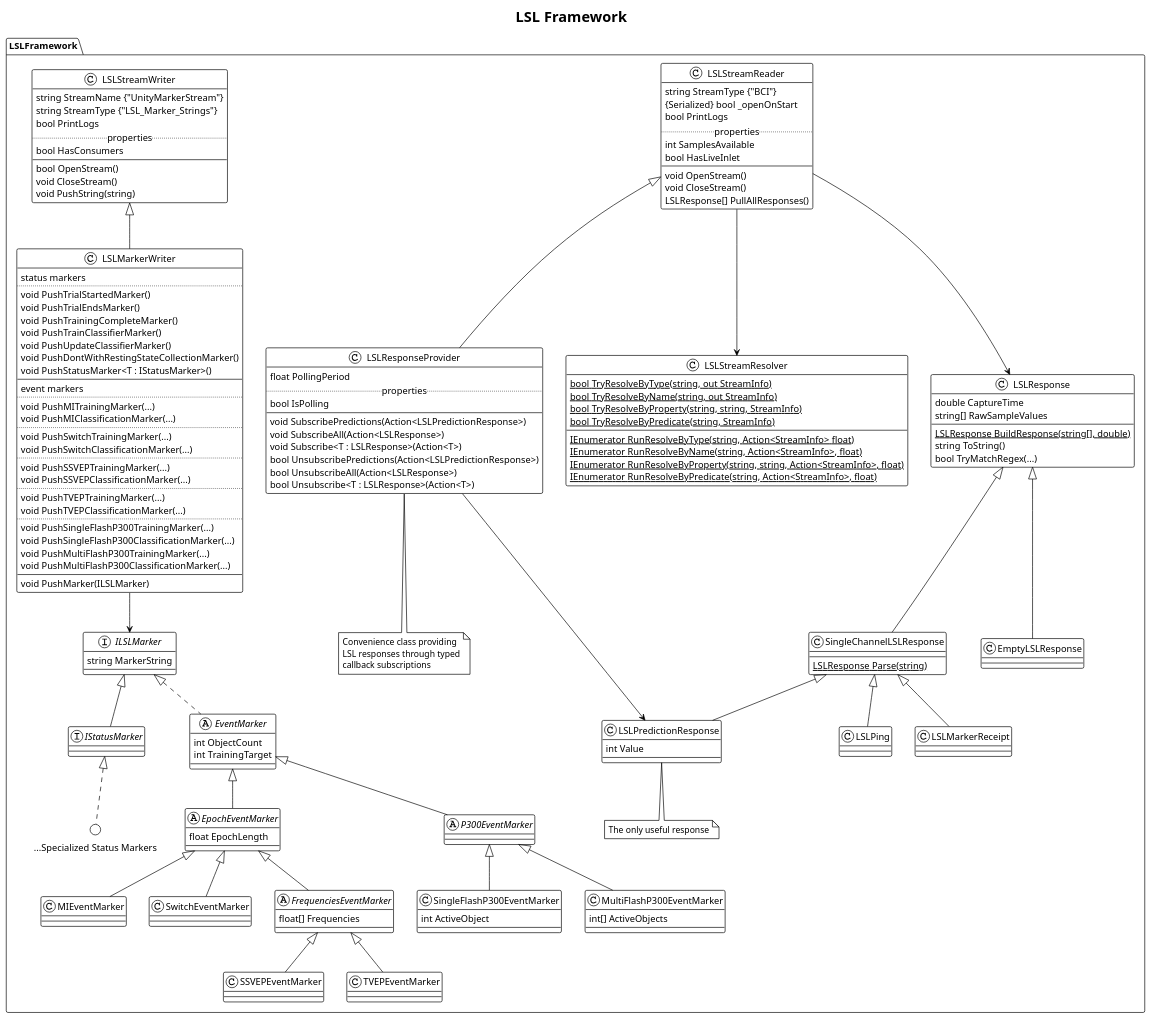
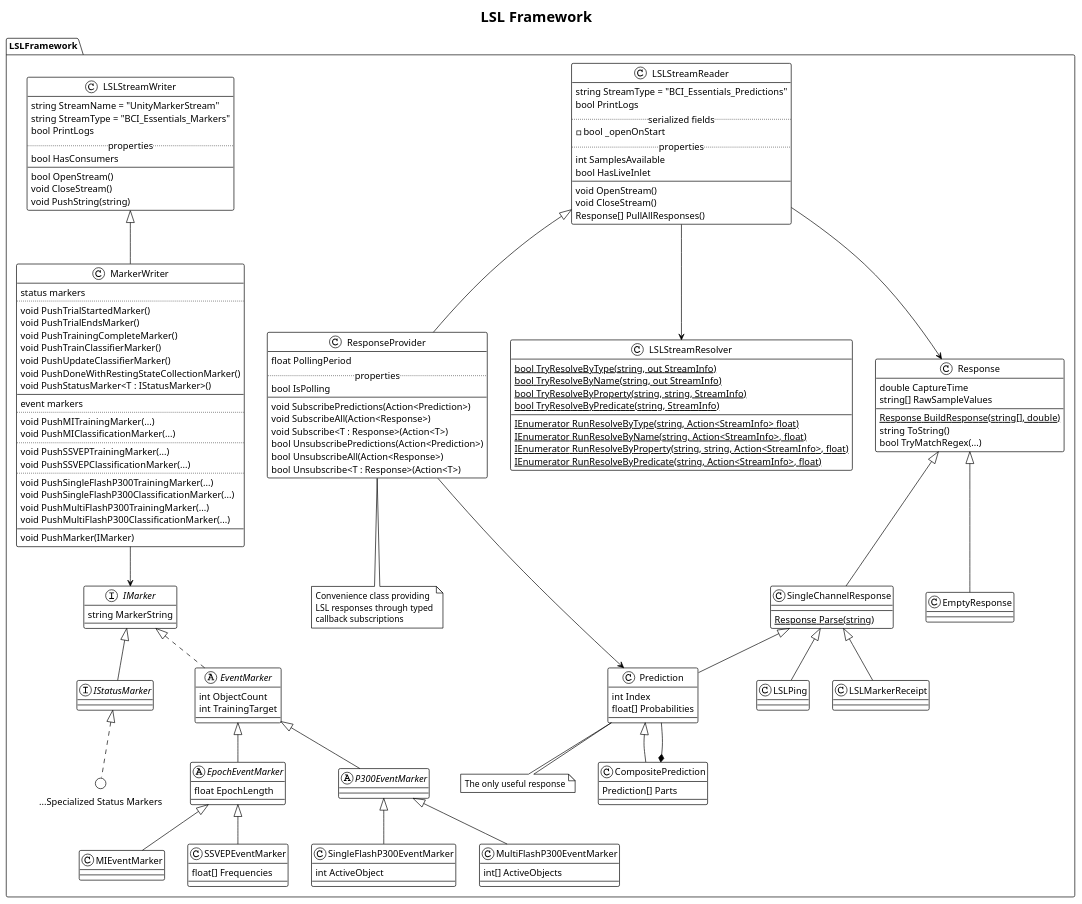
Before and after one commit to BCI-Games/bessy-docs: the diagram in content/bessy-unity/lsl-framework/lsl-framework.plantuml, drawn with PlantUML. The commit also changed 1 other file, not shown here.

Commit message:
Updated unity lsl framework class diagram

```diff
--- a/content/bessy-unity/lsl-framework/lsl-framework.plantuml
+++ b/content/bessy-unity/lsl-framework/lsl-framework.plantuml
@@ -1,162 +1,162 @@
 @startuml lsl-framework
 !theme plain
 title
 LSL Framework
 end title
 
 namespace LSLFramework {
     class LSLStreamReader {
-        string StreamType {"BCI"}
-        {Serialized} bool _openOnStart
+        string StreamType = "BCI_Essentials_Predictions"
         bool PrintLogs
+        ..serialized fields..
+        - bool _openOnStart
         ..properties..
         int SamplesAvailable
         bool HasLiveInlet
         --
         void OpenStream()
         void CloseStream()
-        LSLResponse[] PullAllResponses()
+        Response[] PullAllResponses()
     }
 
-    class LSLResponseProvider extends LSLStreamReader {
+    class ResponseProvider extends LSLStreamReader {
         float PollingPeriod
         ..properties..
         bool IsPolling
         --
-        void SubscribePredictions(Action<LSLPredictionResponse>)
-        void SubscribeAll(Action<LSLResponse>)
-        void Subscribe<T : LSLResponse>(Action<T>)
-        bool UnsubscribePredictions(Action<LSLPredictionResponse>)
-        bool UnsubscribeAll(Action<LSLResponse>)
-        bool Unsubscribe<T : LSLResponse>(Action<T>)
+        void SubscribePredictions(Action<Prediction>)
+        void SubscribeAll(Action<Response>)
+        void Subscribe<T : Response>(Action<T>)
+        bool UnsubscribePredictions(Action<Prediction>)
+        bool UnsubscribeAll(Action<Response>)
+        bool Unsubscribe<T : Response>(Action<T>)
     }
 
     note bottom
         Convenience class providing
         LSL responses through typed
         callback subscriptions
     end note
 
 
     class LSLStreamWriter {
-        string StreamName {"UnityMarkerStream"}
-        string StreamType {"LSL_Marker_Strings"}
+        string StreamName = "UnityMarkerStream"
+        string StreamType = "BCI_Essentials_Markers"
         bool PrintLogs
         ..properties..
         bool HasConsumers
         --
         bool OpenStream()
         void CloseStream()
         void PushString(string)
     }
 
-    class LSLMarkerWriter extends LSLStreamWriter {
+    class MarkerWriter extends LSLStreamWriter {
         status markers
         ..
         void PushTrialStartedMarker()
         void PushTrialEndsMarker()
         void PushTrainingCompleteMarker()
         void PushTrainClassifierMarker()
         void PushUpdateClassifierMarker()
-        void PushDontWithRestingStateCollectionMarker()
+        void PushDoneWithRestingStateCollectionMarker()
         void PushStatusMarker<T : IStatusMarker>()
         --
         event markers
         ..
         void PushMITrainingMarker(...)
         void PushMIClassificationMarker(...)
         ..
-        void PushSwitchTrainingMarker(...)
-        void PushSwitchClassificationMarker(...)
-        ..
         void PushSSVEPTrainingMarker(...)
         void PushSSVEPClassificationMarker(...)
-        ..
-        void PushTVEPTrainingMarker(...)
-        void PushTVEPClassificationMarker(...)
         ..
         void PushSingleFlashP300TrainingMarker(...)
         void PushSingleFlashP300ClassificationMarker(...)
         void PushMultiFlashP300TrainingMarker(...)
         void PushMultiFlashP300ClassificationMarker(...)
         --
-        void PushMarker(ILSLMarker)
+        void PushMarker(IMarker)
     }
 
 
     class LSLStreamResolver {
         {static} bool TryResolveByType(string, out StreamInfo)
         {static} bool TryResolveByName(string, out StreamInfo)
         {static} bool TryResolveByProperty(string, string, StreamInfo)
         {static} bool TryResolveByPredicate(string, StreamInfo)
         --
         {static} IEnumerator RunResolveByType(string, Action<StreamInfo> float)
         {static} IEnumerator RunResolveByName(string, Action<StreamInfo>, float)
         {static} IEnumerator RunResolveByProperty(string, string, Action<StreamInfo>, float)
         {static} IEnumerator RunResolveByPredicate(string, Action<StreamInfo>, float)
     }
 
 
-    interface ILSLMarker {
+    interface IMarker {
         string MarkerString
     }
 
-    interface IStatusMarker extends ILSLMarker
+    interface IStatusMarker extends IMarker
 
     circle "...Specialized Status Markers" as status_markers implements IStatusMarker
 
-    abstract EventMarker implements ILSLMarker {
+    abstract EventMarker implements IMarker {
         int ObjectCount
         int TrainingTarget
     }
 
     abstract EpochEventMarker extends EventMarker {
         float EpochLength
     }
     class MIEventMarker extends EpochEventMarker
-    class SwitchEventMarker extends EpochEventMarker
 
-    abstract FrequenciesEventMarker extends EpochEventMarker {
+    class SSVEPEventMarker extends EpochEventMarker {
         float[] Frequencies
     }
-    class SSVEPEventMarker extends FrequenciesEventMarker
-    class TVEPEventMarker extends FrequenciesEventMarker
 
     abstract P300EventMarker extends EventMarker
     class SingleFlashP300EventMarker extends P300EventMarker {
         int ActiveObject
     }
     class MultiFlashP300EventMarker extends P300EventMarker {
         int[] ActiveObjects
     }
 
 
-    class LSLPredictionResponse extends SingleChannelLSLResponse {
-        int Value
+    class Prediction extends SingleChannelResponse {
+        int Index
+        float[] Probabilities
     }
-    note bottom of LSLPredictionResponse: The only useful response
+    note bottom of Prediction: The only useful response
 
-    class LSLResponse {
+    class CompositePrediction extends Prediction
+    {
+        Prediction[] Parts
+    }
+    CompositePrediction *-- Prediction
+
+
+    class Response {
         double CaptureTime
         string[] RawSampleValues
-        {static} LSLResponse BuildResponse(string[], double)
+        {static} Response BuildResponse(string[], double)
         string ToString()
         bool TryMatchRegex(...)
     }
-    class EmptyLSLResponse extends LSLResponse
+    class EmptyResponse extends Response
 
-    class SingleChannelLSLResponse extends LSLResponse {
-        {static} LSLResponse Parse(string)
+    class SingleChannelResponse extends Response {
+        {static} Response Parse(string)
     }
-    class LSLPing extends SingleChannelLSLResponse
+    class LSLPing extends SingleChannelResponse
 
-    class LSLMarkerReceipt extends SingleChannelLSLResponse
+    class LSLMarkerReceipt extends SingleChannelResponse
 }
 
 
-LSLMarkerWriter --> ILSLMarker
-LSLStreamReader --> LSLResponse
+MarkerWriter --> IMarker
+LSLStreamReader --> Response
 LSLStreamReader --> LSLStreamResolver
-LSLResponseProvider --> LSLPredictionResponse
+ResponseProvider --> Prediction
 
 @enduml
```
